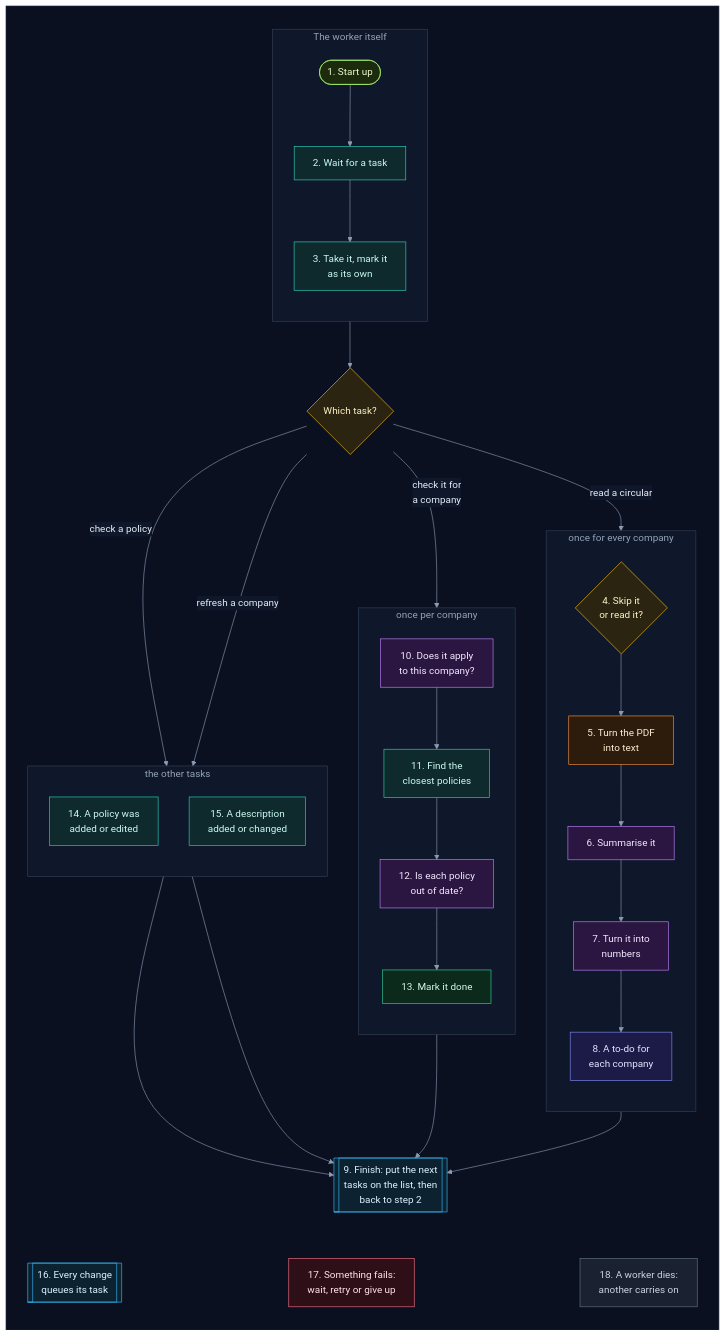
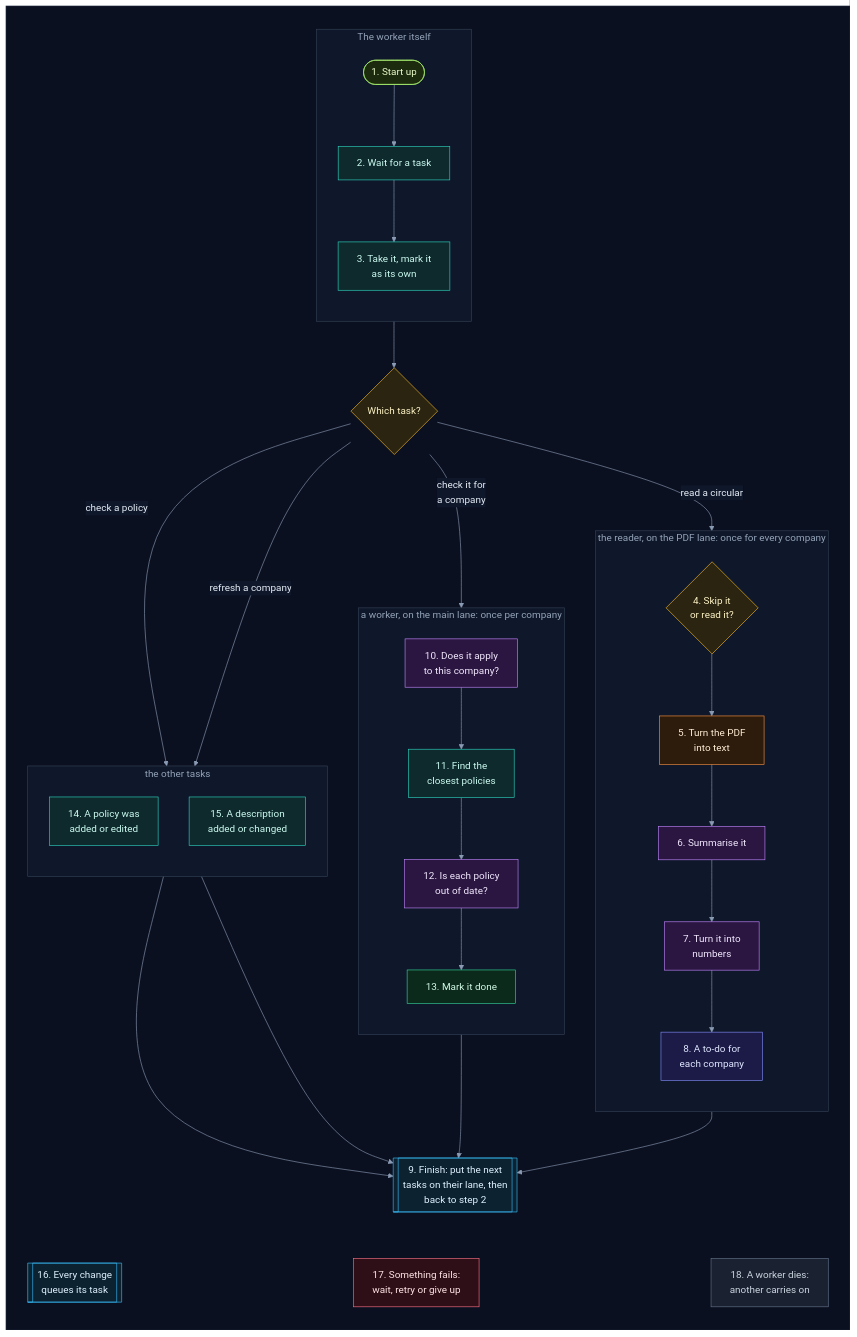
One commit to selvakumarperumal/Regulatory_Circular_Impact_Agent changed the third of 45 diagrams in backend/worker/INTERNALS.md. Above: the diagram before and after it, drawn with Mermaid. The commit also changed other lines of this file and 7 other files, not shown here.

Commit message:
Document the PDF lane and the main lane

````diff
--- a/backend/worker/INTERNALS.md
+++ b/backend/worker/INTERNALS.md
@@ -160,71 +173,71 @@
 ```mermaid
 %%{init: {"theme": "base", "flowchart": {"diagramPadding": 0}, "themeVariables": {"darkMode": true, "primaryColor": "#16213a", "primaryTextColor": "#e6edf7", "primaryBorderColor": "#475a7a", "lineColor": "#8b9bb4", "secondaryColor": "#1b2436", "tertiaryColor": "#101a2e", "edgeLabelBackground": "#0f172a", "textColor": "#e2e8f0", "clusterBkg": "#0f1728", "clusterBorder": "#2b3a55", "titleColor": "#c4b5fd", "nodeTextColor": "#e6edf7"}}}%%
 flowchart TD
     subgraph canvas[" "]
         direction TB
         subgraph loop["The worker itself"]
             direction TB
             s1(["1. Start up"]) --> s2["2. Wait for a task"]
             s2 --> s3["3. Take it, mark it<br/>as its own"]
         end
         s3 --> kind{"Which task?"}
-        subgraph read["once for every company"]
+        subgraph read["the reader, on the PDF lane: once for every company"]
             direction TB
             s4{"4. Skip it<br/>or read it?"} --> s5["5. Turn the PDF<br/>into text"]
             s5 --> s6["6. Summarise it"]
             s6 --> s7["7. Turn it into<br/>numbers"]
             s7 --> s8["8. A to-do for<br/>each company"]
         end
-        subgraph judge["once per company"]
+        subgraph judge["a worker, on the main lane: once per company"]
             direction TB
             s10["10. Does it apply<br/>to this company?"] --> s11["11. Find the<br/>closest policies"]
             s11 --> s12["12. Is each policy<br/>out of date?"]
             s12 --> s13["13. Mark it done"]
         end
         subgraph other["the other tasks"]
             direction TB
             s14["14. A policy was<br/>added or edited"]
             s15["15. A description<br/>added or changed"]
         end
         kind -->|"read a circular"| s4
         kind -->|"check it for<br/>a company"| s10
         kind -->|"check a policy"| s14
         kind -->|"refresh a company"| s15
         s8 --> s9
         s13 --> s9
         s14 --> s9
         s15 --> s9
-        s9[["9. Finish: put the next<br/>tasks on the list, then<br/>back to step 2"]]
+        s9[["9. Finish: put the next<br/>tasks on their lane, then<br/>back to step 2"]]
         s16[["16. Every change<br/>queues its task"]]
         s17["17. Something fails:<br/>wait, retry or give up"]
         s18["18. A worker dies:<br/>another carries on"]
         s9 ~~~ s16
         s9 ~~~ s17
         s9 ~~~ s18
     end
     classDef svc fill:#0e2a2c,stroke:#2dd4bf,color:#ccfbf1
     classDef data fill:#1c1a47,stroke:#818cf8,color:#e0e7ff
     classDef ext fill:#2a1640,stroke:#c084fc,color:#f3e8ff
     classDef gpu fill:#2d1b0c,stroke:#fb923c,color:#ffedd5
     classDef ask fill:#2a2410,stroke:#fbbf24,color:#fef3c7
     classDef ok fill:#0b2a1c,stroke:#34d399,color:#d1fae5
     classDef bad fill:#2e0f17,stroke:#fb7185,color:#ffe4e6
     classDef start fill:#1c2a0e,stroke:#a7ef6f,color:#ecfccb
     classDef muted fill:#1a2130,stroke:#64748b,color:#cbd5e1
     classDef queue fill:#0c2231,stroke:#38bdf8,color:#e0f2fe
     class s1 start
     class s2,s3,s11,s14,s15 svc
     class kind,s4 ask
     class s5 gpu
     class s6,s7,s10,s12 ext
     class s8 data
     class s13 ok
     class s9,s16 queue
     class s17 bad
     class s18 muted
     style loop fill:#0f172a,stroke:#334155,color:#94a3b8
     style read fill:#0f172a,stroke:#334155,color:#94a3b8
     style judge fill:#0f172a,stroke:#334155,color:#94a3b8
     style other fill:#0f172a,stroke:#334155,color:#94a3b8
     style canvas fill:#0b1020,stroke:#1e293b,color:#0b1020
 ```
````
